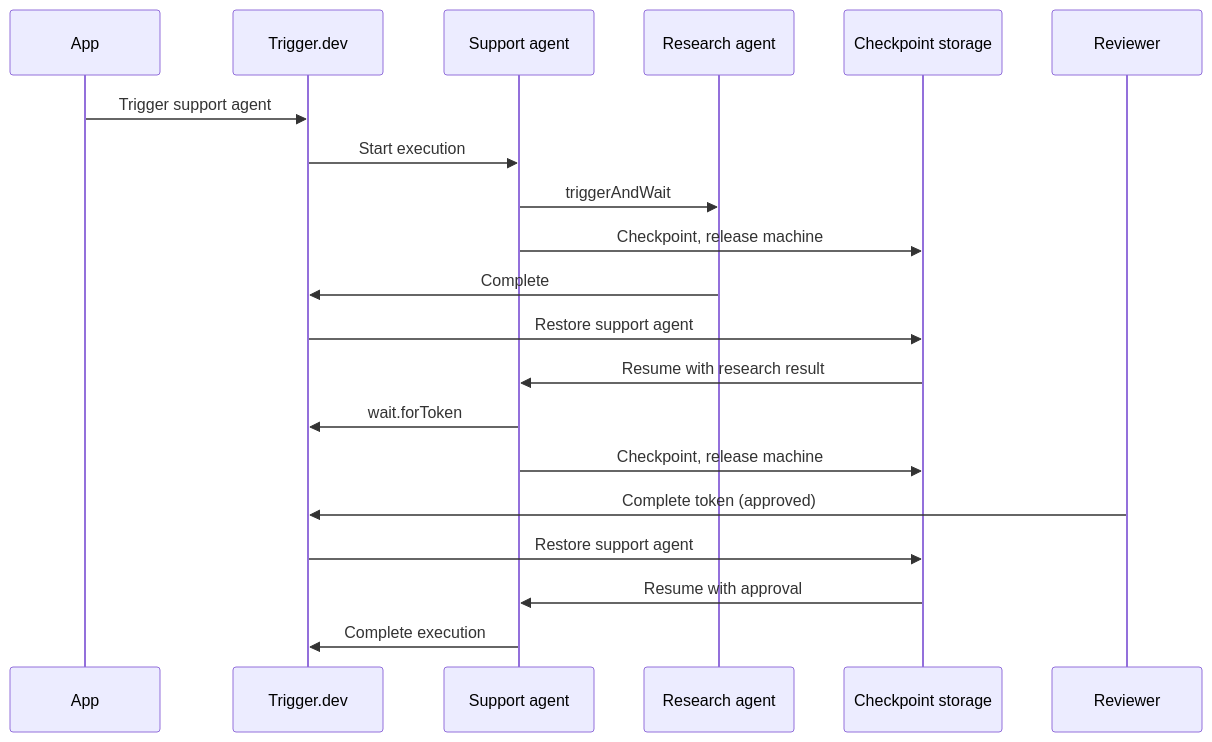
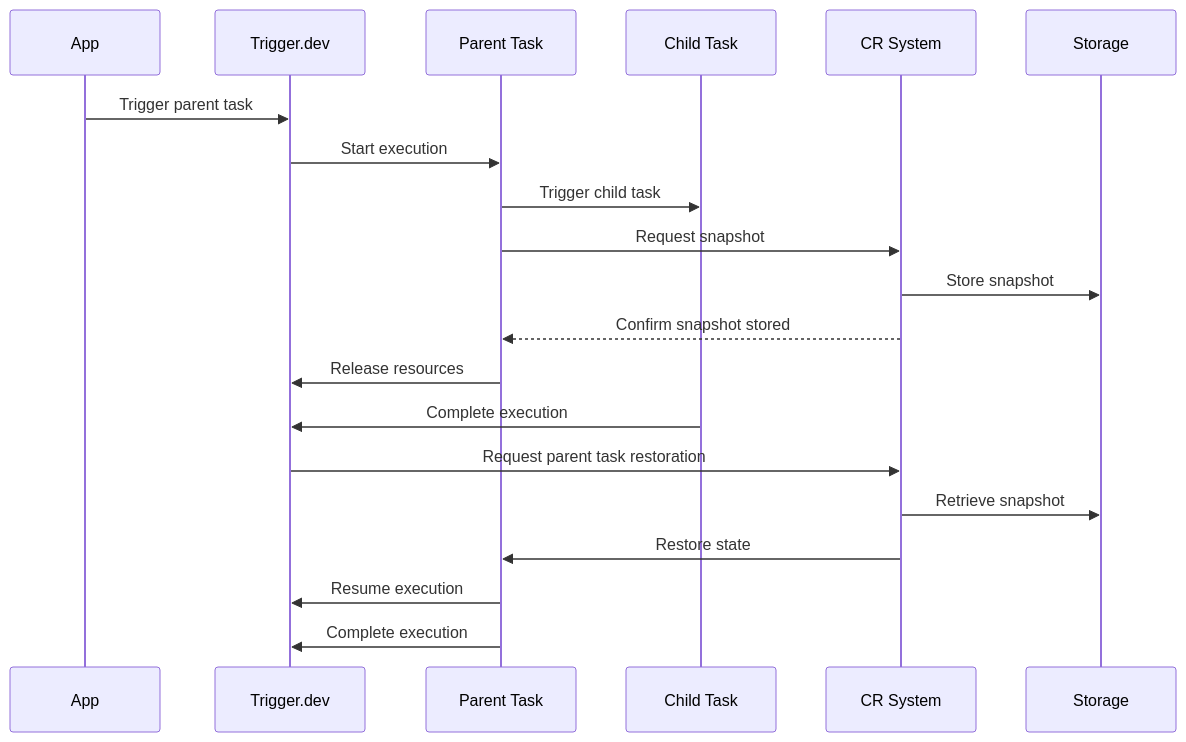
Before and after one commit to triggerdotdev/trigger.dev: the second of 3 diagrams in docs/how-it-works.mdx, drawn with Mermaid. The commit also changed other lines of this file, not shown here.

````diff
--- a/docs/how-it-works.mdx
+++ b/docs/how-it-works.mdx
@@ -174,23 +206,24 @@
 ```mermaid
 sequenceDiagram
     participant App
     participant Trigger.dev
-    participant Agent as Support agent
-    participant Sub as Research agent
-    participant Storage as Checkpoint storage
-    participant Reviewer
+    participant Parent Task
+    participant Child Task
+    participant CR System
+    participant Storage
 
-    App->>Trigger.dev: Trigger support agent
-    Trigger.dev->>Agent: Start execution
-    Agent->>Sub: triggerAndWait
-    Agent->>Storage: Checkpoint, release machine
-    Sub->>Trigger.dev: Complete
-    Trigger.dev->>Storage: Restore support agent
-    Storage->>Agent: Resume with research result
-    Agent->>Trigger.dev: wait.forToken
-    Agent->>Storage: Checkpoint, release machine
-    Reviewer->>Trigger.dev: Complete token (approved)
-    Trigger.dev->>Storage: Restore support agent
-    Storage->>Agent: Resume with approval
-    Agent->>Trigger.dev: Complete execution
+    App->>Trigger.dev: Trigger parent task
+    Trigger.dev->>Parent Task: Start execution
+    Parent Task->>Child Task: Trigger child task
+    Parent Task->>CR System: Request snapshot
+    CR System->>Storage: Store snapshot
+    CR System-->>Parent Task: Confirm snapshot stored
+    Parent Task->>Trigger.dev: Release resources
+
+    Child Task->>Trigger.dev: Complete execution
+    Trigger.dev->>CR System: Request parent task restoration
+    CR System->>Storage: Retrieve snapshot
+    CR System->>Parent Task: Restore state
+    Parent Task->>Trigger.dev: Resume execution
+    Parent Task->>Trigger.dev: Complete execution
 ```
````
